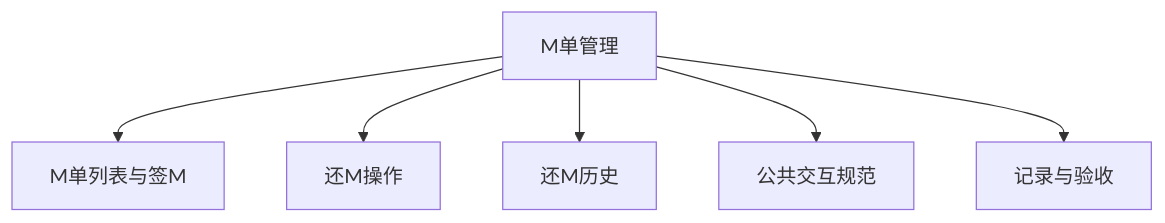
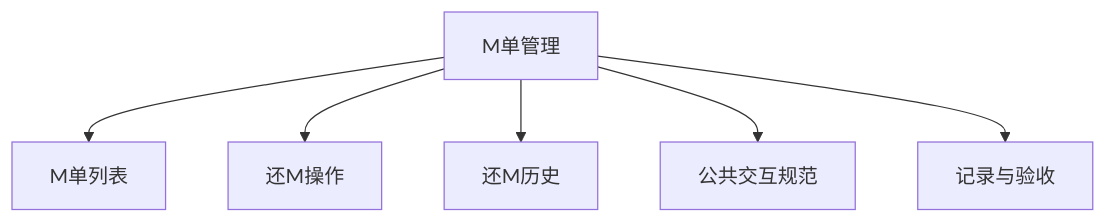
One commit to bala-luoluo/cashier-prototype changed the fourth of 4 diagrams in docs/菜单PRD_20261109/PRD_M单管理_20261109.md. Above: the diagram before and after it, drawn with Mermaid. The commit also changed other lines of this file and 9 other files, not shown here.

````diff
--- a/docs/菜单PRD_20261109/PRD_M单管理_20261109.md
+++ b/docs/菜单PRD_20261109/PRD_M单管理_20261109.md
@@ -134,9 +147,9 @@
 ```mermaid
 flowchart TD
   M[M单管理]
-  M --> P1[M单列表与签M]
+  M --> P1[M单列表]
   M --> P2[还M操作]
   M --> P3[还M历史]
   M --> U[公共交互规范]
   M --> R[记录与验收]
 ```
````
